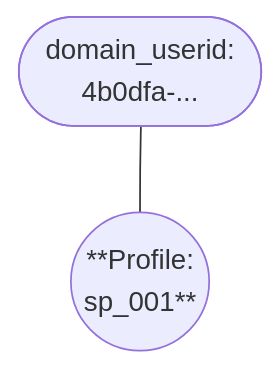
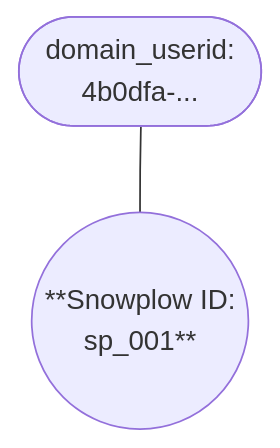
The first of 2 diagrams in docs/identities/concepts/index.md (snowplow/documentation), drawn with Mermaid before and after one commit. The commit also changed other lines of this file and 7 other files, not shown here.

````diff
--- a/docs/identities/concepts/index.md
+++ b/docs/identities/concepts/index.md
@@ -48,7 +48,7 @@
 ```mermaid
 graph TD
     A(["domain_userid:<br/>4b0dfa-..."])
-    B(("**Profile:<br/>sp_001**"))
+    B(("**Snowplow ID:<br/>sp_001**"))
 
     A --- B
 ```
````
